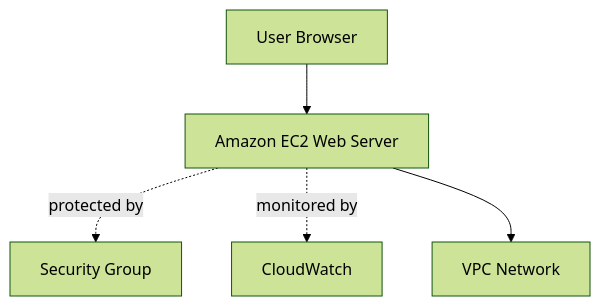
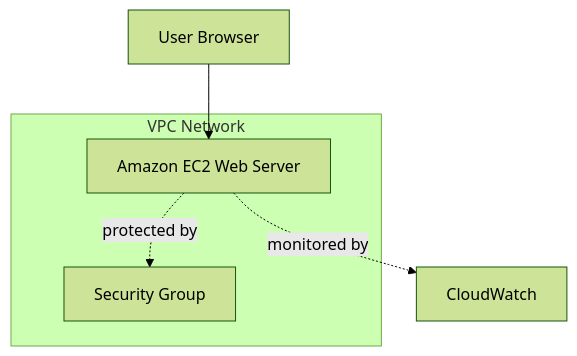
The diagram in architecture/architecture-diagram.md (juliopardog/aws-ec2-web-server), drawn with Mermaid (forest theme) before and after one commit.

Commit message:
Add VPC subgraph to architecture diagram
Refactor architecture diagram to include VPC subgraph.

````diff
--- a/architecture/architecture-diagram.md
+++ b/architecture/architecture-diagram.md
@@ -3,7 +3,12 @@
 ```mermaid
 graph TD
     U[User Browser] --> EC2[Amazon EC2 Web Server]
+
     EC2 -. protected by .-> SG[Security Group]
     EC2 -. monitored by .-> CW[CloudWatch]
-    EC2 --> VPC[VPC Network]
+
+    subgraph VPC[VPC Network]
+        EC2
+        SG
+    end
 ```
````
